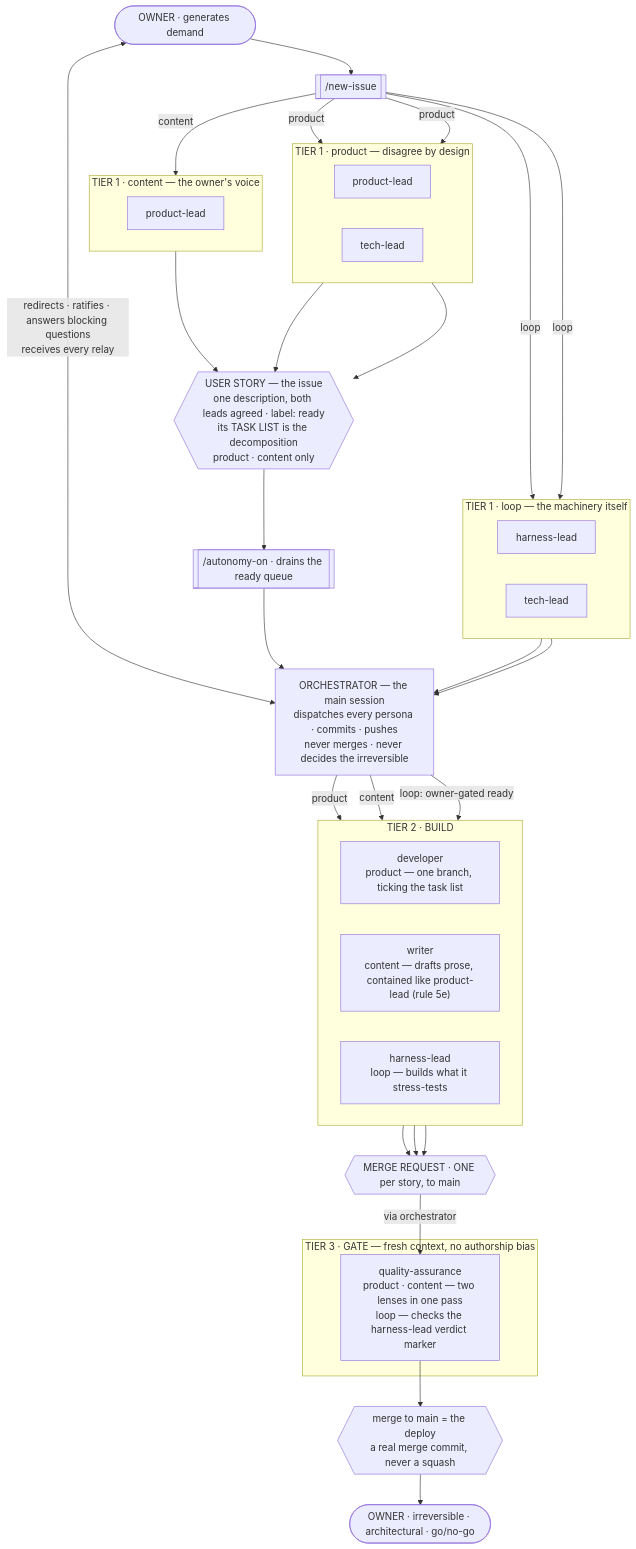
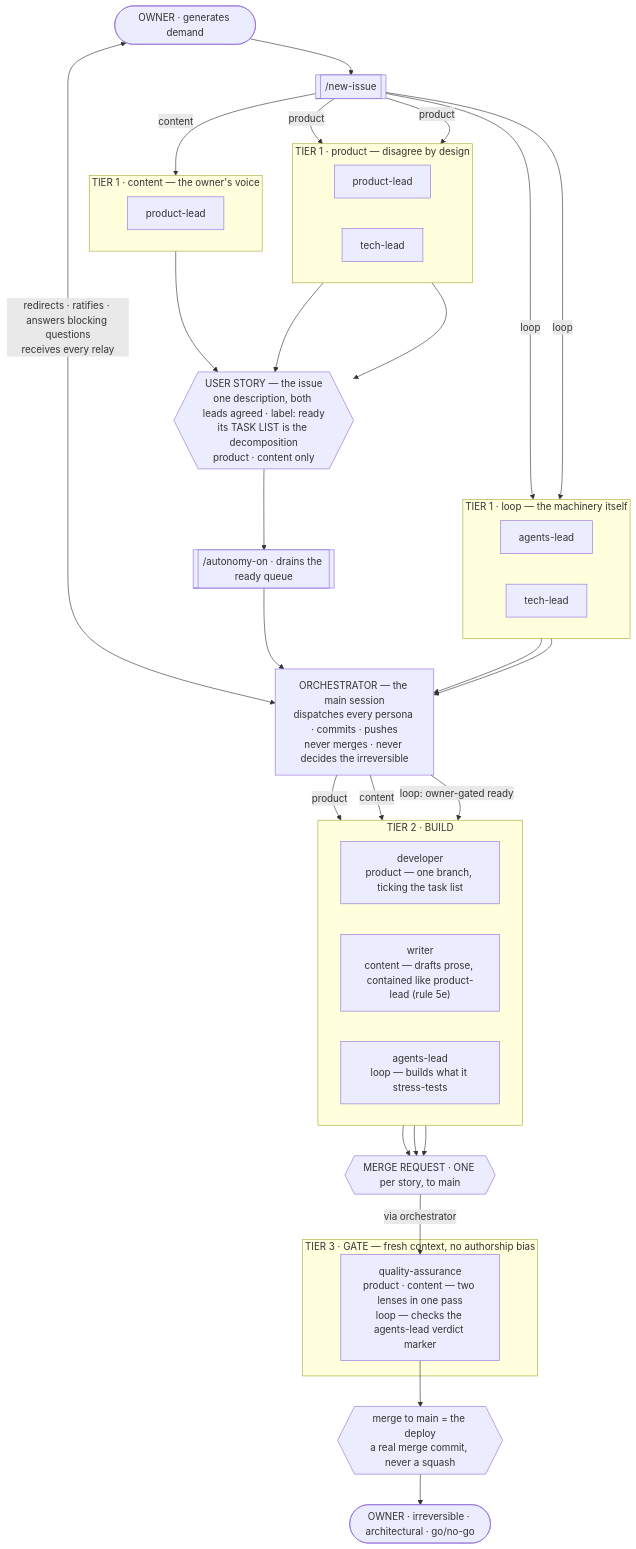
Before and after one commit to tedeuxx/tadeumendonca-skills: the first of 5 diagrams in README.md, drawn with Mermaid. The commit also changed other lines of this file and 23 other files, not shown here.

First line of the commit message:
rename(agents): harness-lead → agents-lead, everywhere in this repo

````diff
--- a/README.md
+++ b/README.md
@@ -143,72 +143,72 @@
 ```mermaid
 flowchart TB
   O(["OWNER · generates demand"])
   NI[["/new-issue"]]
 
   subgraph T1P["TIER 1 · product — disagree by design"]
     direction LR
     PL["product-lead"]
     TL["tech-lead"]
   end
 
   subgraph T1C["TIER 1 · content — the owner's voice"]
     direction LR
     PLC["product-lead"]
   end
 
   subgraph T1L["TIER 1 · loop — the machinery itself"]
     direction LR
-    HR["harness-lead"]
+    HR["agents-lead"]
     TLL["tech-lead"]
   end
 
   US{{"USER STORY — the issue<br/>one description, both leads agreed · label: ready<br/>its TASK LIST is the decomposition<br/>product · content only"}}
   AO[["/autonomy-on · drains the ready queue"]]
 
   ORCH["ORCHESTRATOR — the main session<br/>dispatches every persona · commits · pushes<br/>never merges · never decides the irreversible"]
 
   subgraph T2["TIER 2 · BUILD"]
     direction LR
     DEV["developer<br/>product — one branch, ticking the task list"]
     WRT["writer<br/>content — drafts prose, contained like product-lead (rule 5e)"]
-    HRB["harness-lead<br/>loop — builds what it stress-tests"]
+    HRB["agents-lead<br/>loop — builds what it stress-tests"]
   end
 
   MR{{"MERGE REQUEST · ONE per story, to main"}}
 
   subgraph T3["TIER 3 · GATE — fresh context, no authorship bias"]
-    QA["quality-assurance<br/>product · content — two lenses in one pass<br/>loop — checks the harness-lead verdict marker"]
+    QA["quality-assurance<br/>product · content — two lenses in one pass<br/>loop — checks the agents-lead verdict marker"]
   end
 
   M{{"merge to main = the deploy<br/>a real merge commit, never a squash"}}
   OUT(["OWNER · irreversible · architectural · go/no-go"])
 
   O --> NI
   O <-->|"redirects · ratifies · answers blocking questions<br/>receives every relay"| ORCH
 
   NI -->|product| PL
   NI -->|product| TL
   NI -->|content| PLC
   NI -->|loop| HR
   NI -->|loop| TLL
 
   PL --> US
   TL --> US
   PLC --> US
   US --> AO
   AO --> ORCH
 
   HR --> ORCH
   TLL --> ORCH
 
   ORCH -->|"product"| DEV
   ORCH -->|"content"| WRT
   ORCH -->|"loop: owner-gated ready"| HRB
 
   DEV --> MR
   WRT --> MR
   HRB --> MR
   MR -->|"via orchestrator"| QA
   QA --> M
   M --> OUT
 ```
````
